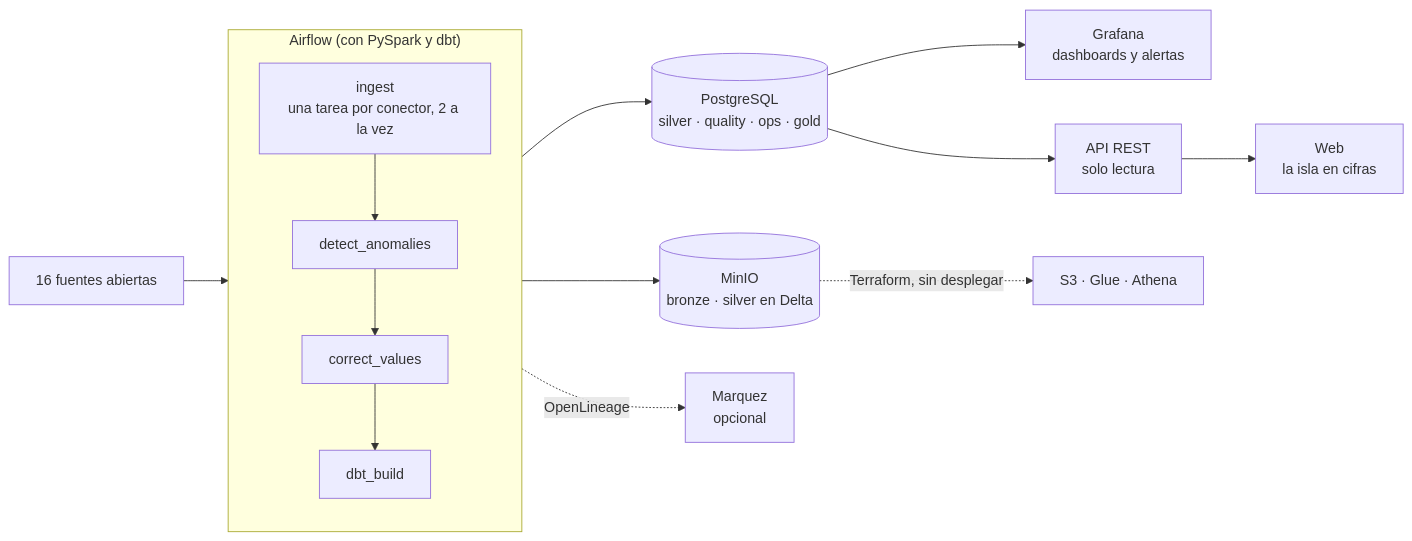
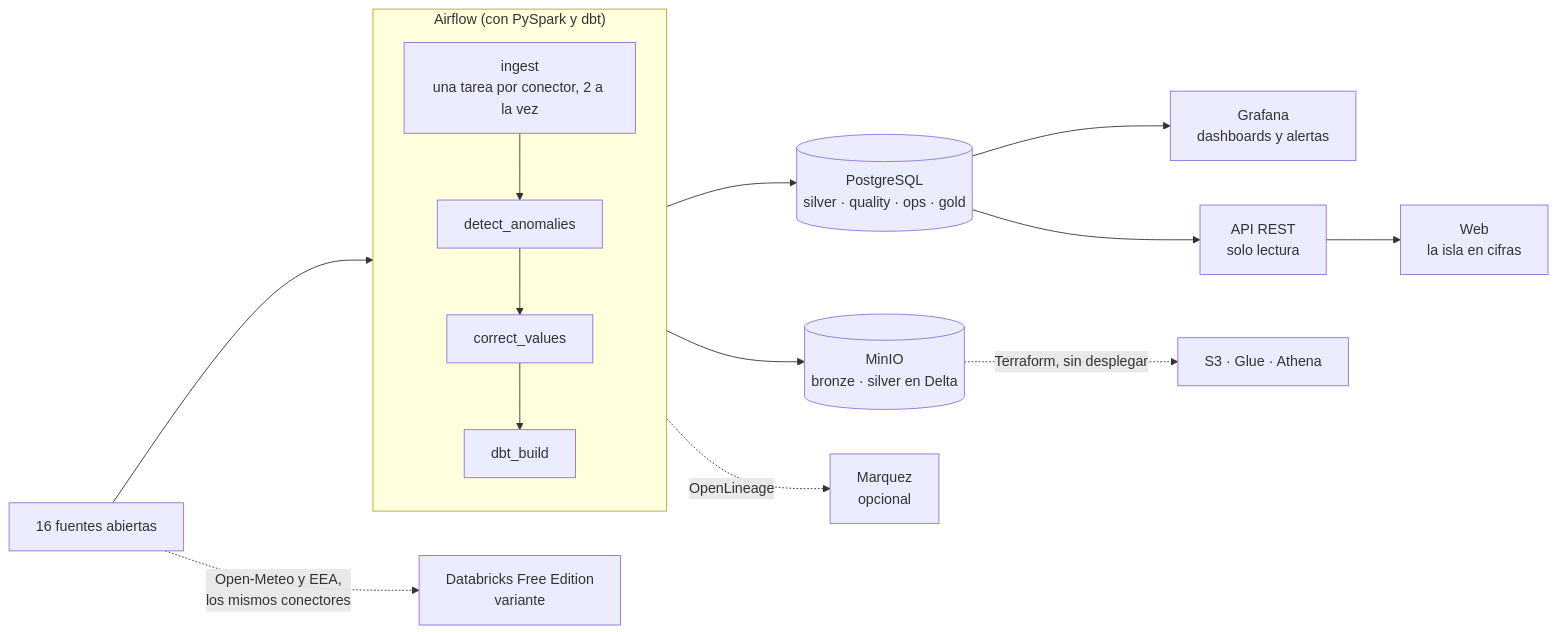
One commit to AlexandreColl/MallorcaDataPlatform changed the first of 2 diagrams in docs/architecture.md. Above: the diagram before and after it, drawn with Mermaid. The commit also changed other lines of this file, not shown here.

Commit message:
📝 docs: add the databricks variant and adrs 0020-0025 to the architecture case

````diff
--- a/docs/architecture.md
+++ b/docs/architecture.md
@@ -28,14 +28,15 @@
 ```mermaid
 flowchart LR
     SRC["16 fuentes abiertas"] --> AF
     subgraph AF["Airflow (con PySpark y dbt)"]
         direction TB
         ING["ingest<br/>una tarea por conector, 2 a la vez"] --> DET[detect_anomalies] --> COR[correct_values] --> DBT[dbt_build]
     end
     AF --> MINIO[("MinIO<br/>bronze · silver en Delta")]
     AF --> PG[("PostgreSQL<br/>silver · quality · ops · gold")]
     PG --> GF["Grafana<br/>dashboards y alertas"]
     PG --> API["API REST<br/>solo lectura"] --> WEB["Web<br/>la isla en cifras"]
     AF -.->|OpenLineage| MQ["Marquez<br/>opcional"]
     MINIO -.->|"Terraform, sin desplegar"| AWS["S3 · Glue · Athena"]
+    SRC -.->|"Open-Meteo y EEA,<br/>los mismos conectores"| DBX["Databricks Free Edition<br/>variante"]
 ```
````
